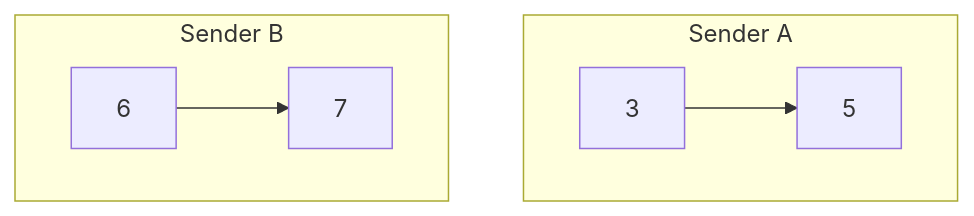
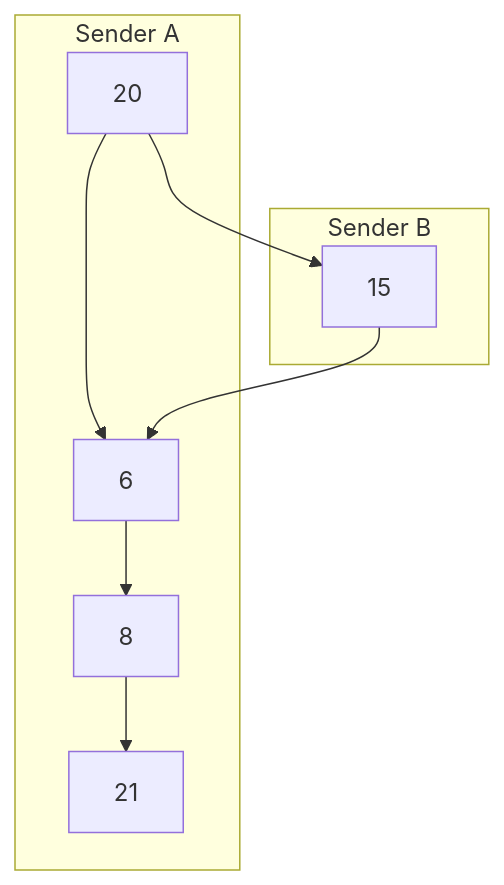
The first of 2 diagrams in types/mempool/priority_nonce_spec.md (cosmos/cosmos-sdk), drawn with Mermaid before and after one commit. The commit also changed other lines of this file, not shown here.

````diff
--- a/types/mempool/priority_nonce_spec.md
+++ b/types/mempool/priority_nonce_spec.md
@@ -18,9 +33,12 @@
 ```mermaid
-flowchart TB
+graph TB
     subgraph Sender A
-    3-->5
+    20-->6
+    6-->8
+    8-->21
     end
     subgraph Sender B
-    6-->7
+    20-->15
+    15-->6
     end
 ```
````
